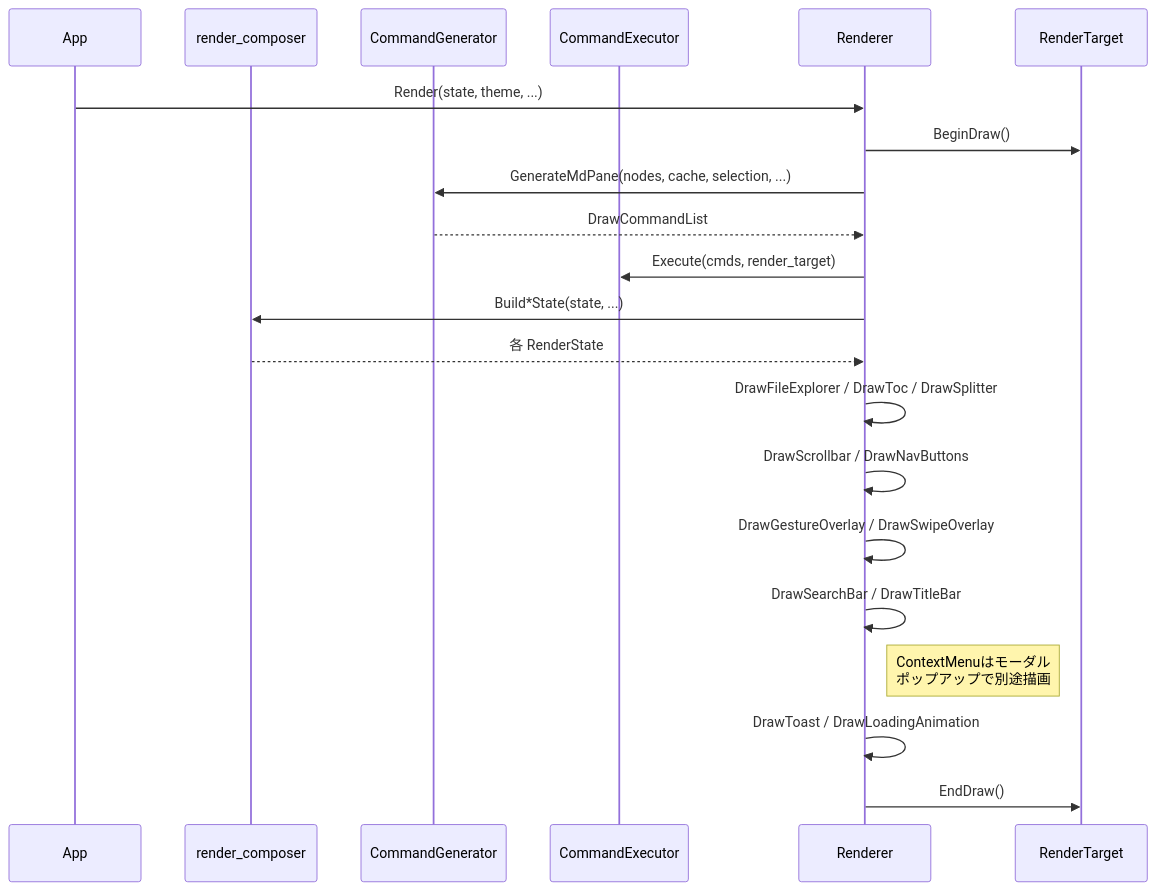
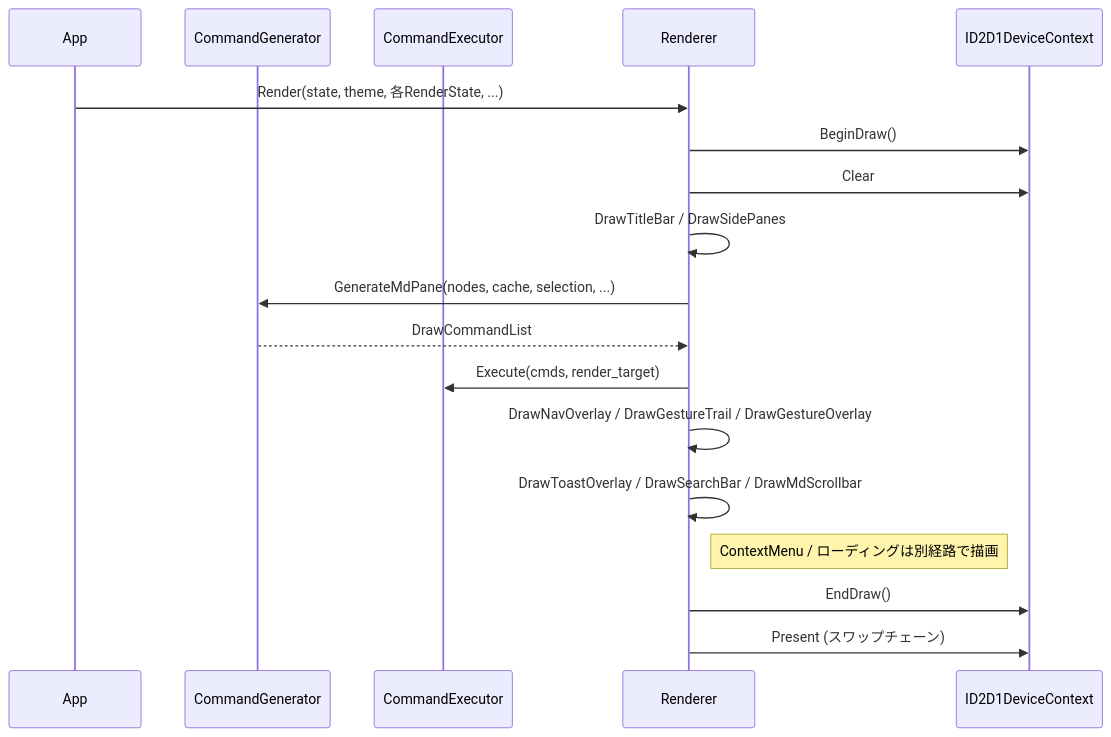
Diagram 19 of 27 in example/test.md (tanaton/mendo), drawn with Mermaid before and after one commit. The commit also changed other lines of this file, not shown here.

````diff
--- a/example/test.md
+++ b/example/test.md
@@ -2898,24 +2857,21 @@
 ```mermaid
 sequenceDiagram
     participant APP as App
-    participant RC as render_composer
     participant CG as CommandGenerator
     participant CE as CommandExecutor
     participant R as Renderer
-    participant RT as RenderTarget
+    participant RT as ID2D1DeviceContext
 
-    APP->>R: Render(state, theme, ...)
+    APP->>R: Render(state, theme, 各RenderState, ...)
     R->>RT: BeginDraw()
+    R->>RT: Clear
+    R->>R: DrawTitleBar / DrawSidePanes
     R->>CG: GenerateMdPane(nodes, cache, selection, ...)
     CG-->>R: DrawCommandList
     R->>CE: Execute(cmds, render_target)
-    R->>RC: Build*State(state, ...)
-    RC-->>R: 各 RenderState
-    R->>R: DrawFileExplorer / DrawToc / DrawSplitter
-    R->>R: DrawScrollbar / DrawNavButtons
-    R->>R: DrawGestureOverlay / DrawSwipeOverlay
-    R->>R: DrawSearchBar / DrawTitleBar
-    Note right of R: ContextMenuはモーダル<br>ポップアップで別途描画
-    R->>R: DrawToast / DrawLoadingAnimation
+    R->>R: DrawNavOverlay / DrawGestureTrail / DrawGestureOverlay
+    R->>R: DrawToastOverlay / DrawSearchBar / DrawMdScrollbar
+    Note right of R: ContextMenu / ローディングは別経路で描画
     R->>RT: EndDraw()
+    R->>RT: Present (スワップチェーン)
 ```
````
